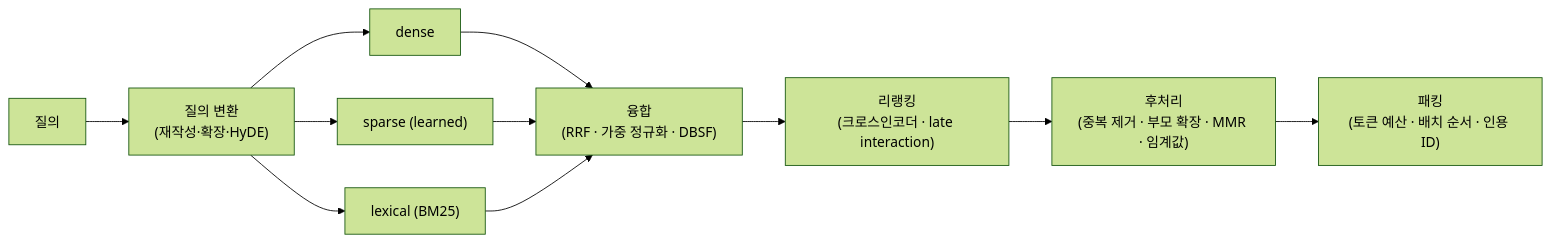
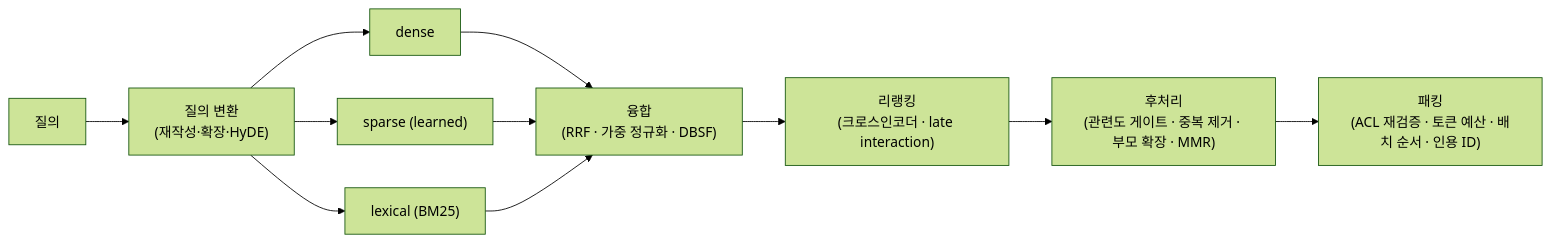
One commit to dplayamin-ai/rag-platform changed the third of 3 diagrams in docs/00-vision/03-glossary.md. Above: the diagram before and after it, drawn with Mermaid (forest theme). The commit also changed other lines of this file and 103 other files, not shown here.

````diff
--- a/docs/00-vision/03-glossary.md
+++ b/docs/00-vision/03-glossary.md
@@ -182,13 +199,13 @@
 ```mermaid
 flowchart LR
   Q[질의] --> QT["질의 변환<br/>(재작성·확장·HyDE)"]
   QT --> D[dense]
   QT --> S["sparse (learned)"]
   QT --> L["lexical (BM25)"]
   D --> F["융합<br/>(RRF · 가중 정규화 · DBSF)"]
   S --> F
   L --> F
   F --> R["리랭킹<br/>(크로스인코더 · late interaction)"]
-  R --> PP["후처리<br/>(중복 제거 · 부모 확장 · MMR · 임계값)"]
-  PP --> PK["패킹<br/>(토큰 예산 · 배치 순서 · 인용 ID)"]
+  R --> PP["후처리<br/>(관련도 게이트 · 중복 제거 · 부모 확장 · MMR)"]
+  PP --> PK["패킹<br/>(ACL 재검증 · 토큰 예산 · 배치 순서 · 인용 ID)"]
 ```
````
